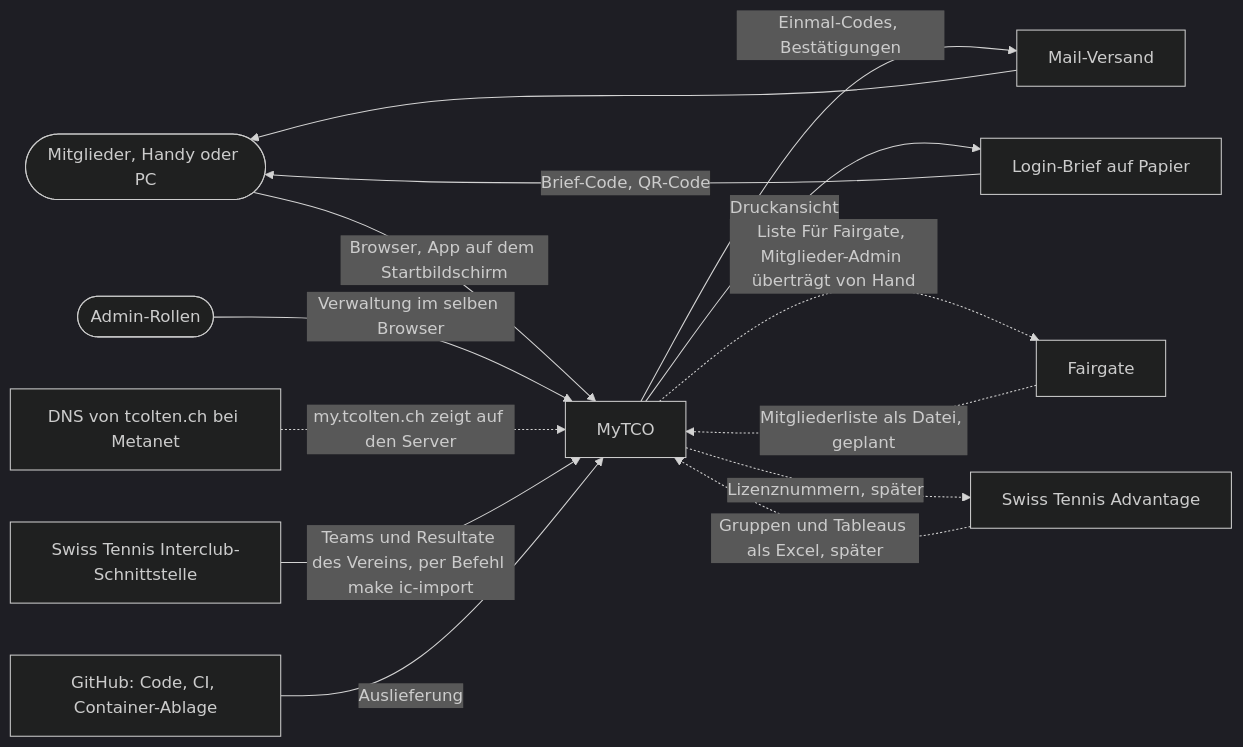
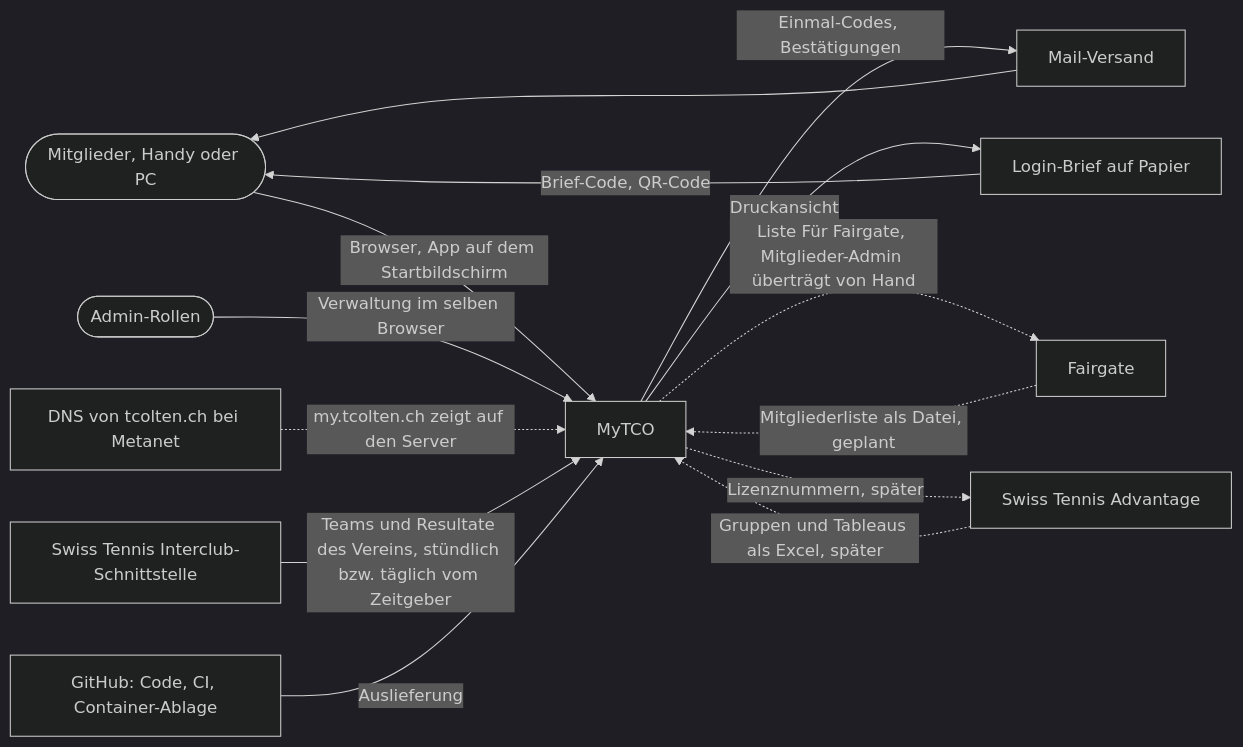
Before and after one commit to konstantinniedermann/tco-app: the first of 3 diagrams in docs/arc42.md, drawn with Mermaid (dark theme). The commit also changed other lines of this file and 7 other files, not shown here.

First line of the commit message:
docs: Interclub-Abruf in Datenschutz, ADR-008/011, arc42, Betrieb und Testkonzept (#81)

````diff
--- a/docs/arc42.md
+++ b/docs/arc42.md
@@ -33,16 +33,16 @@
 ```mermaid
 flowchart LR
   M([Mitglieder, Handy oder PC]) -->|Browser, App auf dem Startbildschirm| APP[MyTCO]
   A([Admin-Rollen]) -->|Verwaltung im selben Browser| APP
   APP -->|Einmal-Codes, Bestätigungen| MAIL[Mail-Versand]
   MAIL --> M
   BRIEF[Login-Brief auf Papier] -->|Brief-Code, QR-Code| M
   APP -->|Druckansicht| BRIEF
   DNS[DNS von tcolten.ch bei Metanet] -.->|my.tcolten.ch zeigt auf den Server| APP
   FG[Fairgate] -.->|Mitgliederliste als Datei, geplant| APP
   APP -.->|Liste Für Fairgate, Mitglieder-Admin überträgt von Hand| FG
   APP -.->|Lizenznummern, später| ST[Swiss Tennis Advantage]
   ST -.->|Gruppen und Tableaus als Excel, später| APP
-  IC[Swiss Tennis Interclub-Schnittstelle] -->|Teams und Resultate des Vereins, per Befehl make ic-import| APP
+  IC[Swiss Tennis Interclub-Schnittstelle] -->|Teams und Resultate des Vereins, stündlich bzw. täglich vom Zeitgeber| APP
   GH[GitHub: Code, CI, Container-Ablage] -->|Auslieferung| APP
 ```
````
